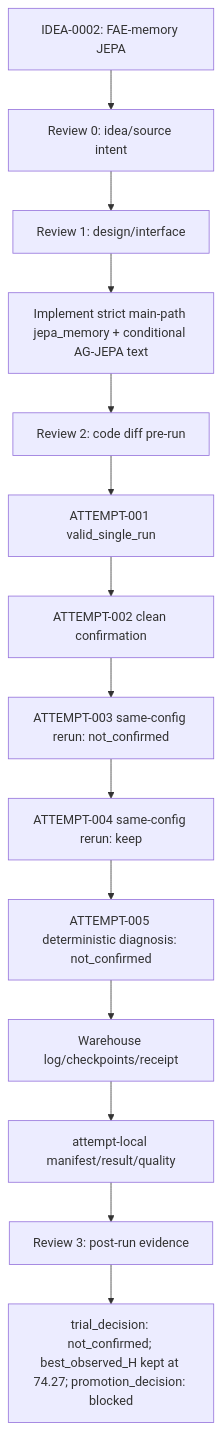
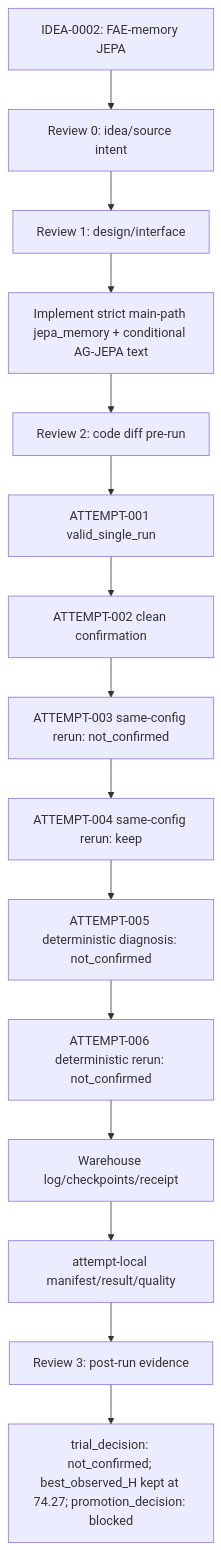
The diagram in experiments/module_trials/IDEA-0002_fae_memory_jepa/TRIAL-002_strict_conditional_jepa/README.md (GetlotMoney/GTPJ), drawn with Mermaid before and after one commit. The commit also changed other lines of this file and 14 other files, not shown here.

Commit message:
exp: record trial 002 attempt 006 repro rerun

````diff
--- a/experiments/module_trials/IDEA-0002_fae_memory_jepa/TRIAL-002_strict_conditional_jepa/README.md
+++ b/experiments/module_trials/IDEA-0002_fae_memory_jepa/TRIAL-002_strict_conditional_jepa/README.md
@@ -82,16 +84,17 @@
 ```mermaid
 flowchart TD
   Idea["IDEA-0002: FAE-memory JEPA"] --> R0["Review 0: idea/source intent"]
   R0 --> R1["Review 1: design/interface"]
   R1 --> Impl["Implement strict main-path jepa_memory + conditional AG-JEPA text"]
   Impl --> R2["Review 2: code diff pre-run"]
   R2 --> A1["ATTEMPT-001 valid_single_run"]
   A1 --> A2["ATTEMPT-002 clean confirmation"]
   A2 --> A3["ATTEMPT-003 same-config rerun: not_confirmed"]
   A3 --> A4["ATTEMPT-004 same-config rerun: keep"]
   A4 --> A5["ATTEMPT-005 deterministic diagnosis: not_confirmed"]
-  A5 --> Warehouse["Warehouse log/checkpoints/receipt"]
+  A5 --> A6["ATTEMPT-006 deterministic rerun: not_confirmed"]
+  A6 --> Warehouse["Warehouse log/checkpoints/receipt"]
   Warehouse --> Attempt["attempt-local manifest/result/quality"]
   Attempt --> R3["Review 3: post-run evidence"]
   R3 --> Decision["trial_decision: not_confirmed; best_observed_H kept at 74.27; promotion_decision: blocked"]
 ```
````
